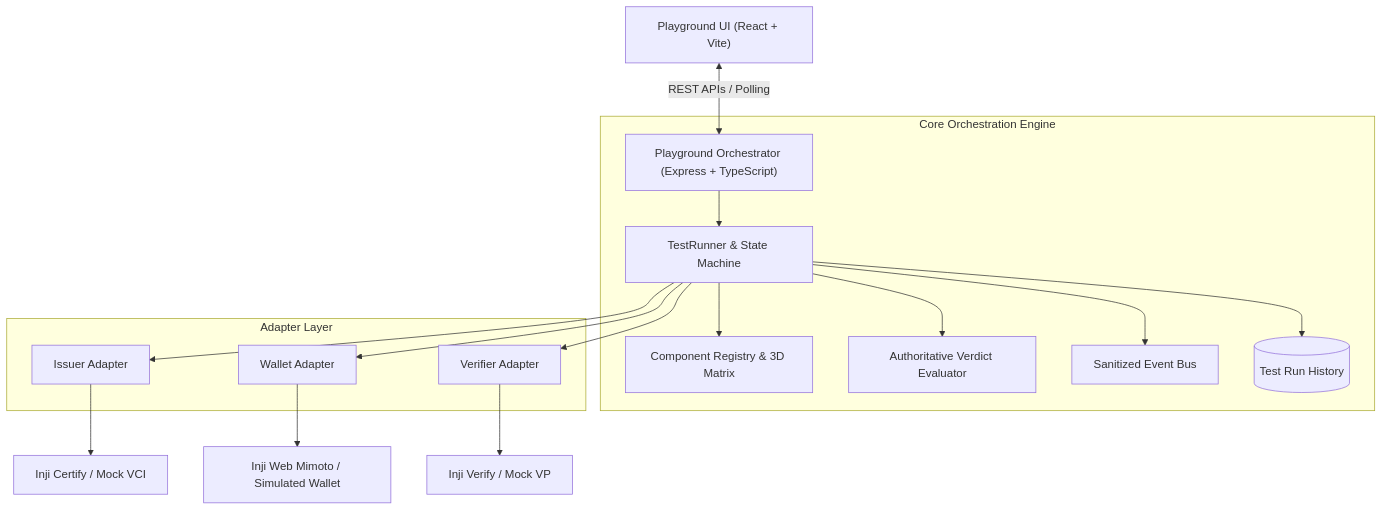
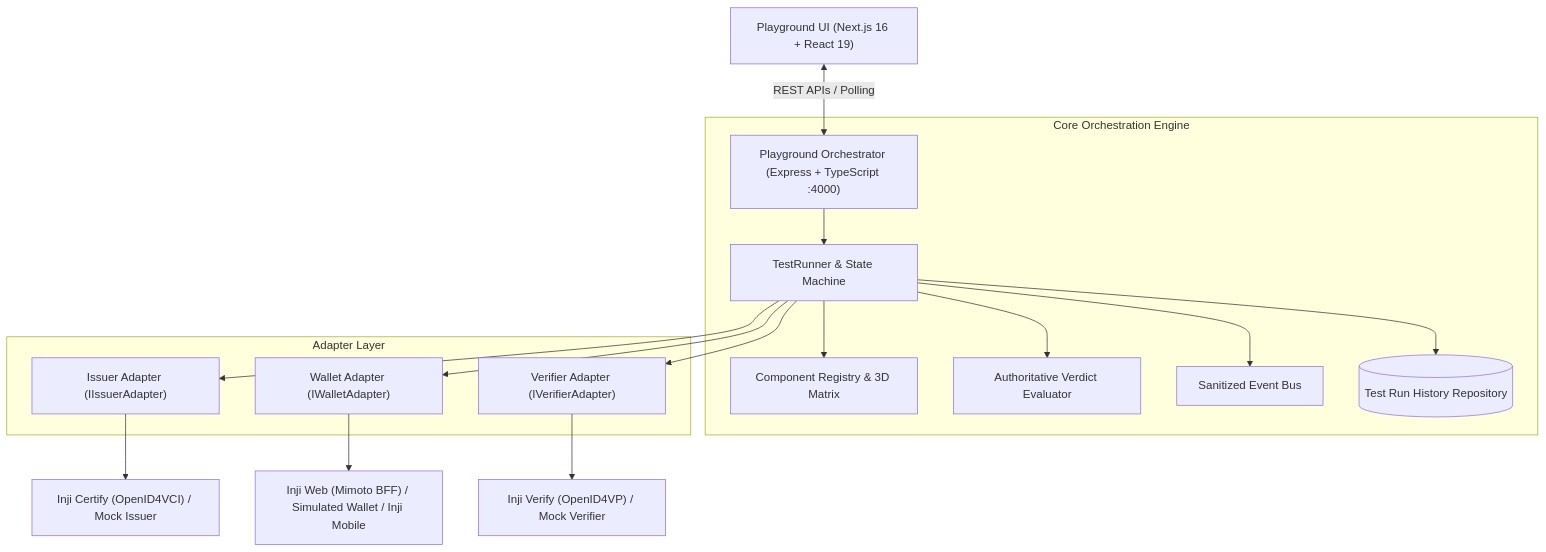
One commit to EragonShadeslayer1825/working-platform changed the diagram in README.md. Above: the diagram before and after it, drawn with Mermaid. The commit also changed other lines of this file and 35 other files, not shown here.

Commit message:
fix: resolve CI failures, enforce authoritative verification, exact wallet flow, and secure deployment

````diff
--- a/README.md
+++ b/README.md
@@ -29,25 +31,25 @@
 ```mermaid
 flowchart TD
-    UI["Playground UI (React + Vite)"]
-    BFF["Playground Orchestrator (Express + TypeScript)"]
+    UI["Playground UI (Next.js 16 + React 19)"]
+    BFF["Playground Orchestrator (Express + TypeScript :4000)"]
 
     UI <-->|"REST APIs / Polling"| BFF
 
     subgraph Core["Core Orchestration Engine"]
         BFF --> TR["TestRunner & State Machine"]
         TR --> CR["Component Registry & 3D Matrix"]
         TR --> EV["Authoritative Verdict Evaluator"]
         TR --> EB["Sanitized Event Bus"]
-        TR --> ST[("Test Run History")]
+        TR --> ST[("Test Run History Repository")]
     end
 
     subgraph Adapters["Adapter Layer"]
-        TR --> IA["Issuer Adapter"]
-        TR --> WA["Wallet Adapter"]
-        TR --> VA["Verifier Adapter"]
+        TR --> IA["Issuer Adapter (IIssuerAdapter)"]
+        TR --> WA["Wallet Adapter (IWalletAdapter)"]
+        TR --> VA["Verifier Adapter (IVerifierAdapter)"]
     end
 
-    IA --> IC["Inji Certify / Mock VCI"]
-    WA --> IW["Inji Web Mimoto / Simulated Wallet"]
-    VA --> IV["Inji Verify / Mock VP"]
+    IA --> IC["Inji Certify (OpenID4VCI) / Mock Issuer"]
+    WA --> IW["Inji Web (Mimoto BFF) / Simulated Wallet / Inji Mobile"]
+    VA --> IV["Inji Verify (OpenID4VP) / Mock Verifier"]
 ```
````
